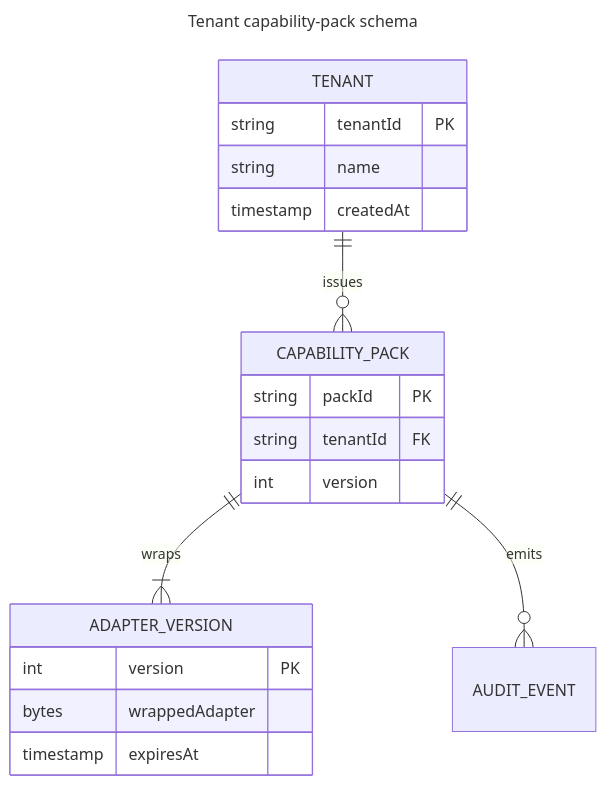
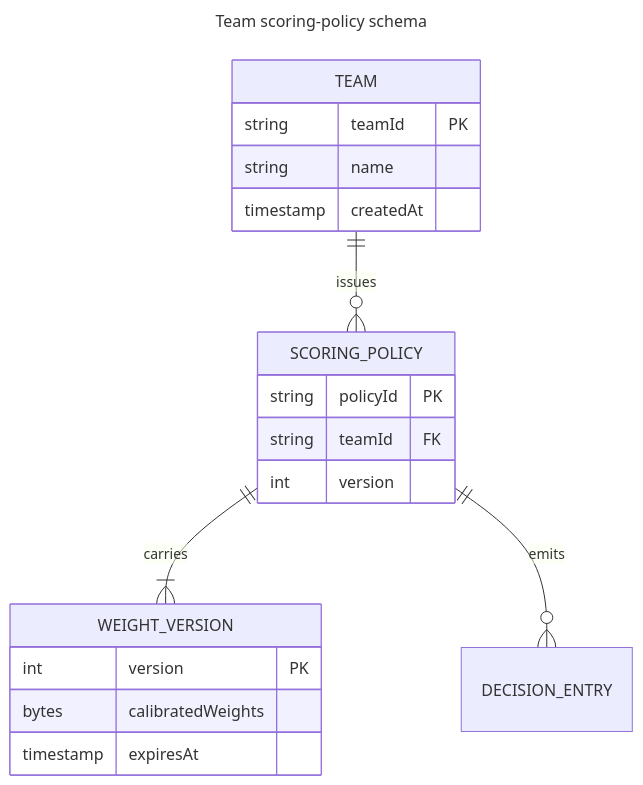
The fifth of 25 diagrams in lib/components/diagram/diagram/diagram.gallery.md (SlideWright/lattice), drawn with Mermaid before and after one commit. The commit also changed other lines of this file and 81 other files, not shown here.

````diff
--- a/lib/components/diagram/diagram/diagram.gallery.md
+++ b/lib/components/diagram/diagram/diagram.gallery.md
@@ -166,24 +166,24 @@
 ```mermaid
 ---
-title: Tenant capability-pack schema
+title: Team scoring-policy schema
 ---
 erDiagram
-  TENANT ||--o{ CAPABILITY_PACK : "issues"
-  CAPABILITY_PACK ||--|{ ADAPTER_VERSION : "wraps"
-  CAPABILITY_PACK ||--o{ AUDIT_EVENT : "emits"
-  TENANT {
-    string tenantId PK
+  TEAM ||--o{ SCORING_POLICY : "issues"
+  SCORING_POLICY ||--|{ WEIGHT_VERSION : "carries"
+  SCORING_POLICY ||--o{ DECISION_ENTRY : "emits"
+  TEAM {
+    string teamId PK
     string name
     timestamp createdAt
   }
-  CAPABILITY_PACK {
-    string packId PK
-    string tenantId FK
+  SCORING_POLICY {
+    string policyId PK
+    string teamId FK
     int version
   }
-  ADAPTER_VERSION {
+  WEIGHT_VERSION {
     int version PK
-    bytes wrappedAdapter
+    bytes calibratedWeights
     timestamp expiresAt
   }
 ```
````
